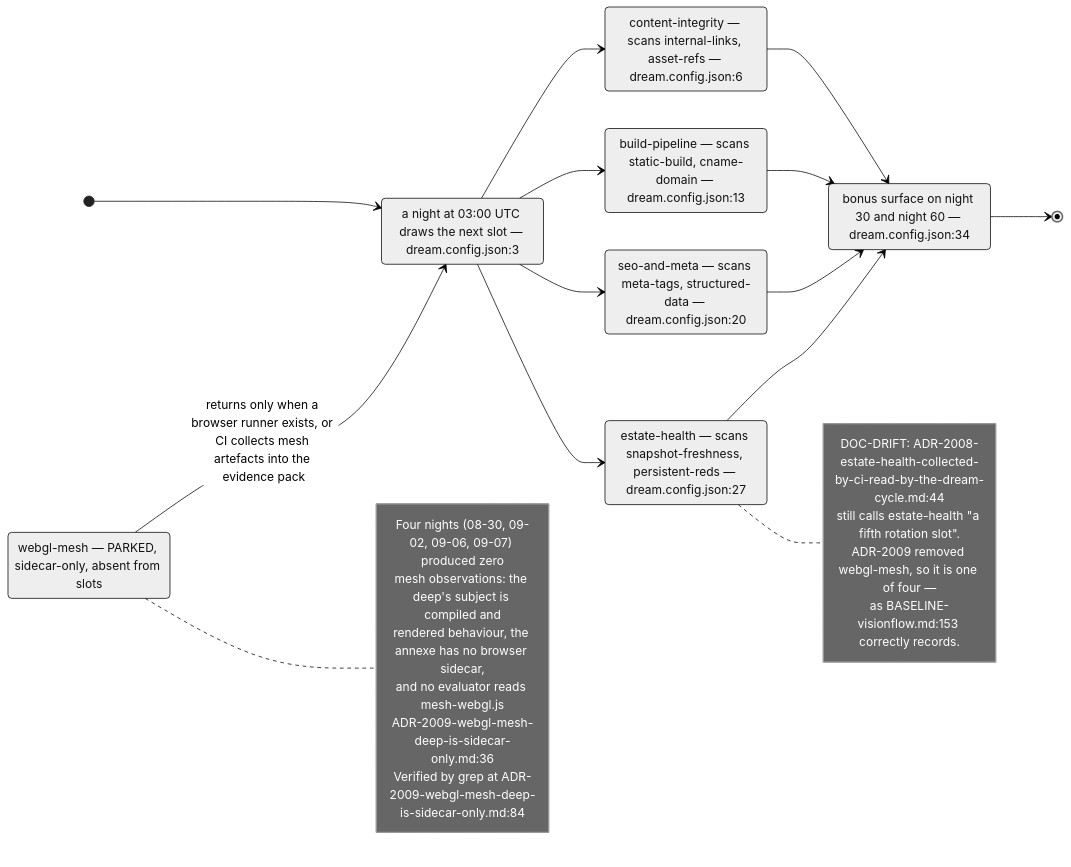
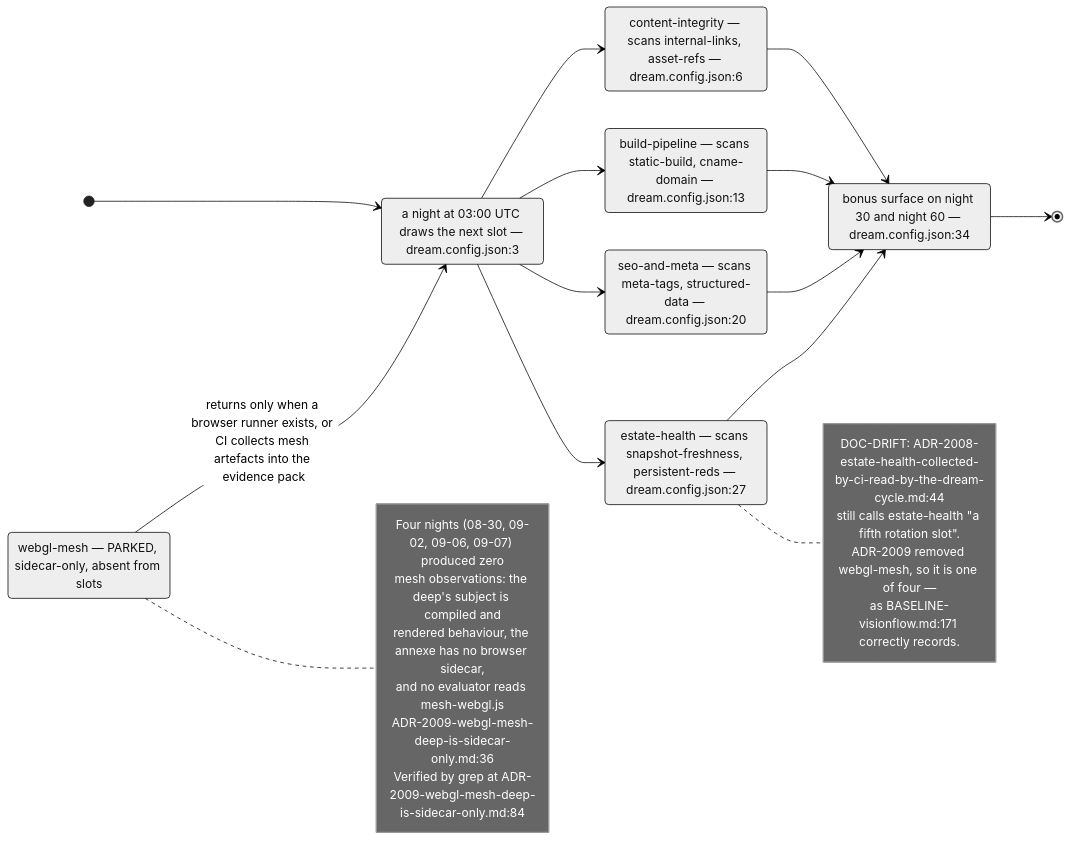
Before and after one commit to DreamLab-AI/VisionFlow: the second of 9 diagrams in docs/diagrams/visionflow/04-dream-cycle-integration.md, drawn with Mermaid (neutral theme). The commit also changed other lines of this file and 94 other files, not shown here.

First line of the commit message:
docs(diagrams): re-verify 130 topics against 2 October HEADs

````diff
--- a/docs/diagrams/visionflow/04-dream-cycle-integration.md
+++ b/docs/diagrams/visionflow/04-dream-cycle-integration.md
@@ -55,36 +55,36 @@
 ```mermaid
 stateDiagram-v2
     direction LR
     [*] --> Night
     state "a night at 03:00 UTC draws the next slot — dream.config.json:3" as Night
     Night --> CI
     Night --> BP
     Night --> SEO
     Night --> EH
     state "content-integrity — scans internal-links, asset-refs — dream.config.json:6" as CI
     state "build-pipeline — scans static-build, cname-domain — dream.config.json:13" as BP
     state "seo-and-meta — scans meta-tags, structured-data — dream.config.json:20" as SEO
     state "estate-health — scans snapshot-freshness, persistent-reds — dream.config.json:27" as EH
     CI --> Bonus
     BP --> Bonus
     SEO --> Bonus
     EH --> Bonus
     state "bonus surface on night 30 and night 60 — dream.config.json:34" as Bonus
     Bonus --> [*]
     state "webgl-mesh — PARKED, sidecar-only, absent from slots" as Parked
     Parked --> Night : returns only when a browser runner exists, or CI collects mesh artefacts into the evidence pack
     note right of Parked
       Four nights (08-30, 09-02, 09-06, 09-07) produced zero
       mesh observations: the deep's subject is compiled and
       rendered behaviour, the annexe has no browser sidecar,
       and no evaluator reads mesh-webgl.js
       ADR-2009-webgl-mesh-deep-is-sidecar-only.md:36
       Verified by grep at ADR-2009-webgl-mesh-deep-is-sidecar-only.md:84
     end note
     note right of EH
       DOC-DRIFT: ADR-2008-estate-health-collected-by-ci-read-by-the-dream-cycle.md:44
       still calls estate-health "a fifth rotation slot".
       ADR-2009 removed webgl-mesh, so it is one of four —
-      as BASELINE-visionflow.md:153 correctly records.
+      as BASELINE-visionflow.md:171 correctly records.
     end note
 ```
````
